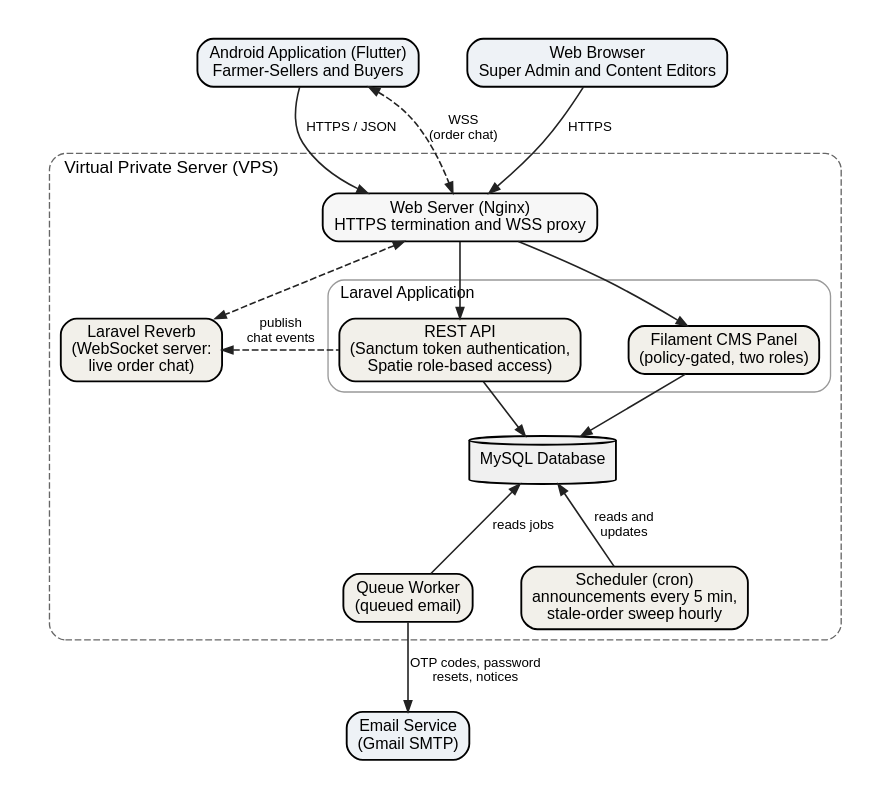
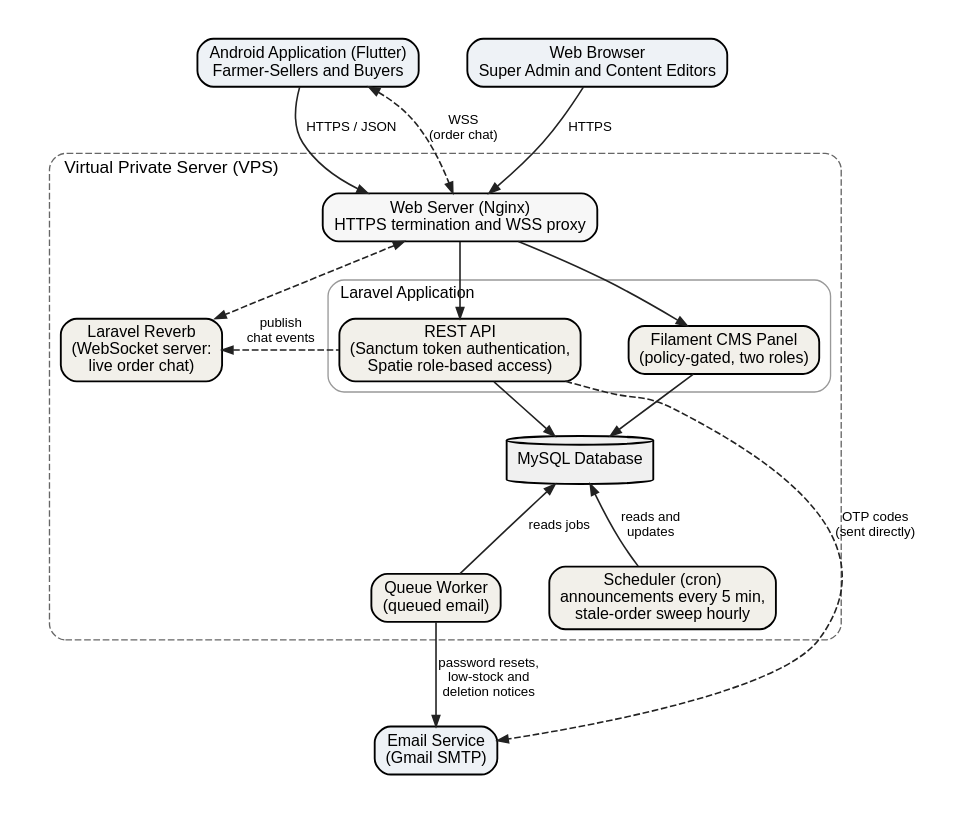
One commit to shawncastaneda11-commits/anihow-backend changed the diagram in docs/manuscript/figures/src/fig4_architecture.dot. Above: the diagram before and after it, drawn with Graphviz. The commit also changed 3 other files, not shown here.

```diff
--- a/docs/manuscript/figures/src/fig4_architecture.dot
+++ b/docs/manuscript/figures/src/fig4_architecture.dot
@@ -1,44 +1,45 @@
 // Figure 4. System and network architecture of AniHow (v3.5).
 digraph G {
   graph [rankdir=TB, nodesep=0.5, ranksep=0.55, pad=0.3, fontname="Liberation Sans", fontsize=13, newrank=true];
   node  [shape=box, style="rounded,filled", fillcolor="white", penwidth=1.4, fontname="Liberation Sans", fontsize=12];
   edge  [penwidth=1.2, arrowsize=0.8, color="#222222", fontname="Liberation Sans", fontsize=10];
 
   app [label="Android Application (Flutter)\nFarmer-Sellers and Buyers", fillcolor="#EEF2F6"];
   web [label="Web Browser\nSuper Admin and Content Editors", fillcolor="#EEF2F6"];
 
   subgraph cluster_vps {
     label="Virtual Private Server (VPS)"; labeljust="l"; style="rounded,dashed"; color="#666666"; fontsize=13;
     nginx [label="Web Server (Nginx)\nHTTPS termination and WSS proxy", fillcolor="#F7F7F7"];
 
     reverb [label="Laravel Reverb\n(WebSocket server:\nlive order chat)", fillcolor="#F2F0EA"];
 
     subgraph cluster_laravel {
       label="Laravel Application"; style="rounded"; color="#999999"; fontsize=12;
       api   [label="REST API\n(Sanctum token authentication,\nSpatie role-based access)", fillcolor="#F2F0EA"];
       panel [label="Filament CMS Panel\n(policy-gated, two roles)", fillcolor="#F2F0EA"];
     }
     db     [label="MySQL Database", shape=cylinder, style="filled", fillcolor="#F0F0F0"];
     queue  [label="Queue Worker\n(queued email)", fillcolor="#F2F0EA"];
     sched  [label="Scheduler (cron)\nannouncements every 5 min,\nstale-order sweep hourly", fillcolor="#F2F0EA"];
   }
 
   mail [label="Email Service\n(Gmail SMTP)", fillcolor="#EEF2F6"];
 
   app -> nginx [label=" HTTPS / JSON"];
   app -> nginx [label=" WSS\n (order chat)", style=dashed, dir=both];
   web -> nginx [label=" HTTPS"];
 
   nginx -> api; nginx -> panel;
   nginx -> reverb [style=dashed, dir=both];
   reverb -> api [dir=back, label="publish\nchat events", style=dashed, constraint=false];
 
   api -> db; panel -> db;
   db -> queue [dir=back, label=" reads jobs"];
   db -> sched [dir=back, label=" reads and\n updates"];
-  queue -> mail [label=" OTP codes, password\n resets, notices"];
+  queue -> mail [label=" password resets,\n low-stock and\n deletion notices"];
+  api -> mail [label=" OTP codes\n (sent directly)", style=dashed, constraint=false];
 
   {rank=same; app; web}
   {rank=same; reverb; api; panel}
   {rank=same; queue; sched}
 }
```
